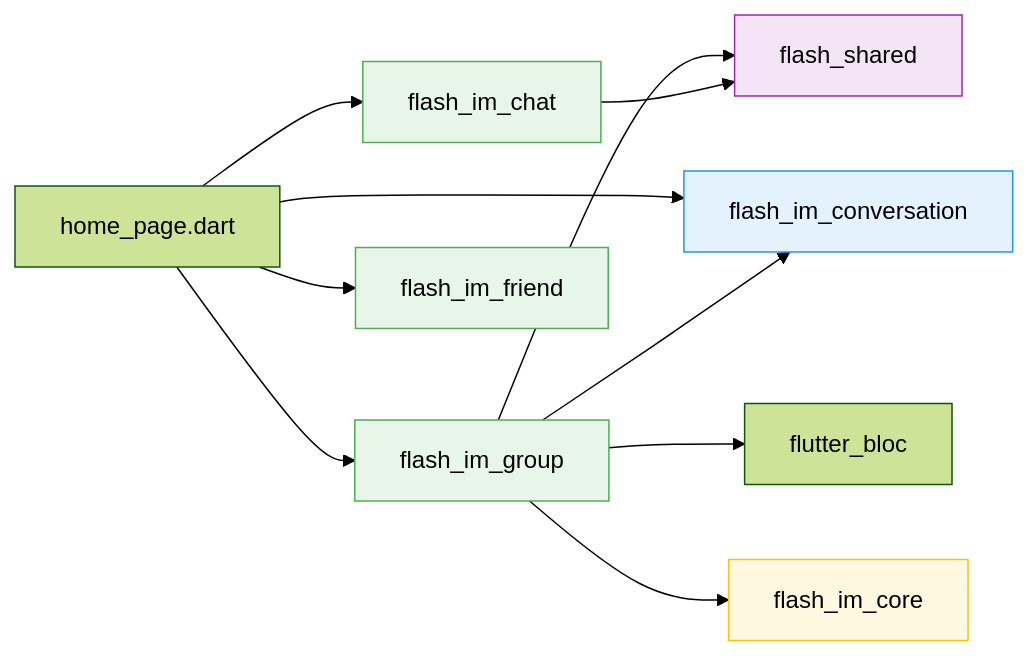
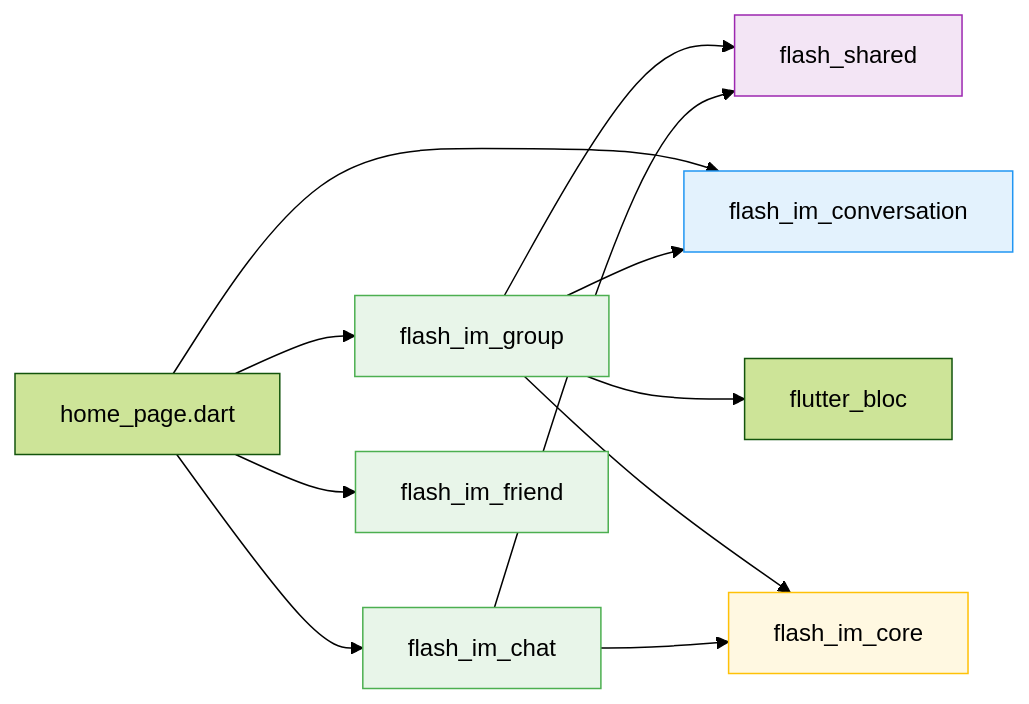
Before and after one commit to toly1994328/flash_im_by_ai: the first of 6 diagrams in docs/features/archiver/modules/group/client.md, drawn with Mermaid (forest theme). The commit also changed other lines of this file and 33 other files, not shown here.

````diff
--- a/docs/features/archiver/modules/group/client.md
+++ b/docs/features/archiver/modules/group/client.md
@@ -21,19 +21,20 @@
 ```mermaid
 graph LR
     HP[home_page.dart] --> FIG[flash_im_group]
     HP --> FIC[flash_im_conversation]
     HP --> FICH[flash_im_chat]
     HP --> FIF[flash_im_friend]
     FIG --> FS[flash_shared]
     FIG --> FIC
     FIG --> FB[flutter_bloc]
     FIG --> FIMC[flash_im_core]
     FICH --> FS
+    FICH --> FIMC
 
     style FIG fill:#E8F5E9,stroke:#4CAF50
     style FIC fill:#E3F2FD,stroke:#2196F3
     style FICH fill:#E8F5E9,stroke:#4CAF50
     style FS fill:#F3E5F5,stroke:#9C27B0
     style FIF fill:#E8F5E9,stroke:#4CAF50
     style FIMC fill:#FFF8E1,stroke:#FFC107
 ```
````
